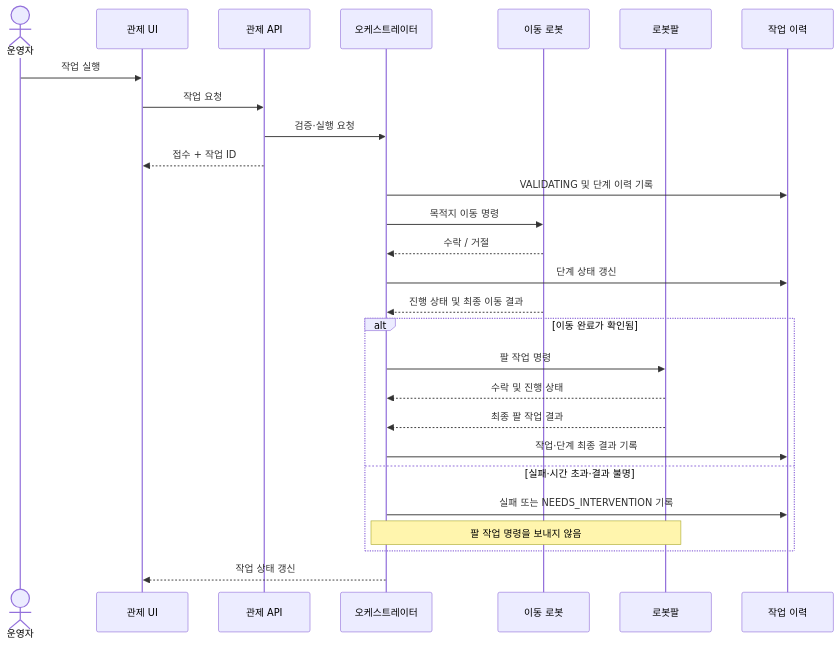
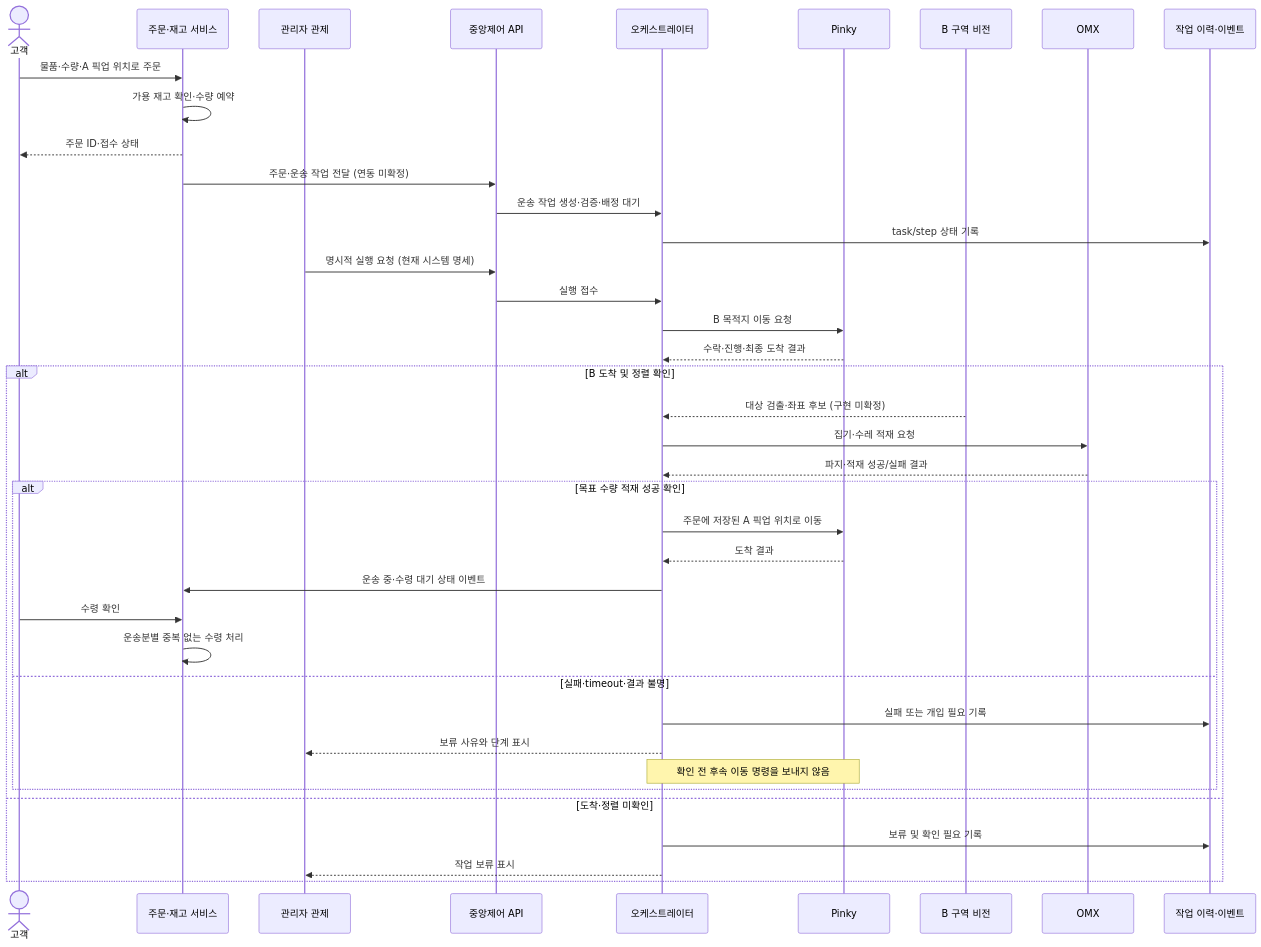
Before and after one commit to kernel-robot-8th/kernel-robot-repo-3: the third of 3 diagrams in docs/spec/data-flow.md, drawn with Mermaid. The commit also changed other lines of this file, not shown here.

Commit message:
docs: map JJS logistics system flow (#6)

````diff
--- a/docs/spec/data-flow.md
+++ b/docs/spec/data-flow.md
@@ -68,31 +141,43 @@
 ```mermaid
 sequenceDiagram
-    actor User as 운영자
-    participant UI as 관제 UI
-    participant API as 관제 API
+    actor Customer as 고객
+    participant Order as 주문·재고 서비스
+    participant Admin as 관리자 관제
+    participant API as 중앙제어 API
     participant O as 오케스트레이터
-    participant M as 이동 로봇
-    participant A as 로봇팔
-    participant H as 작업 이력
+    participant P as Pinky
+    participant V as B 구역 비전
+    participant X as OMX
+    participant H as 작업 이력·이벤트
 
-    User->>UI: 작업 실행
-    UI->>API: 작업 요청
-    API->>O: 검증·실행 요청
-    API-->>UI: 접수 + 작업 ID
-    O->>H: VALIDATING 및 단계 이력 기록
-    O->>M: 목적지 이동 명령
-    M-->>O: 수락 / 거절
-    O->>H: 단계 상태 갱신
-    M-->>O: 진행 상태 및 최종 이동 결과
+    Customer->>Order: 물품·수량·A 픽업 위치로 주문
+    Order->>Order: 가용 재고 확인·수량 예약
+    Order-->>Customer: 주문 ID·접수 상태
+    Order->>API: 주문·운송 작업 전달 (연동 미확정)
+    API->>O: 운송 작업 생성·검증·배정 대기
+    O->>H: task/step 상태 기록
+    Admin->>API: 명시적 실행 요청 (현재 시스템 명세)
+    API->>O: 실행 접수
+    O->>P: B 목적지 이동 요청
+    P-->>O: 수락·진행·최종 도착 결과
 
-    alt 이동 완료가 확인됨
-        O->>A: 팔 작업 명령
-        A-->>O: 수락 및 진행 상태
-        A-->>O: 최종 팔 작업 결과
-        O->>H: 작업·단계 최종 결과 기록
-    else 실패·시간 초과·결과 불명
-        O->>H: 실패 또는 NEEDS_INTERVENTION 기록
-        Note over O,A: 팔 작업 명령을 보내지 않음
+    alt B 도착 및 정렬 확인
+        V-->>O: 대상 검출·좌표 후보 (구현 미확정)
+        O->>X: 집기·수레 적재 요청
+        X-->>O: 파지·적재 성공/실패 결과
+        alt 목표 수량 적재 성공 확인
+            O->>P: 주문에 저장된 A 픽업 위치로 이동
+            P-->>O: 도착 결과
+            O->>Order: 운송 중·수령 대기 상태 이벤트
+            Customer->>Order: 수령 확인
+            Order->>Order: 운송분별 중복 없는 수령 처리
+        else 실패·timeout·결과 불명
+            O->>H: 실패 또는 개입 필요 기록
+            O-->>Admin: 보류 사유와 단계 표시
+            Note over O,P: 확인 전 후속 이동 명령을 보내지 않음
+        end
+    else 도착·정렬 미확인
+        O->>H: 보류 및 확인 필요 기록
+        O-->>Admin: 작업 보류 표시
     end
-    O-->>UI: 작업 상태 갱신
 ```
````
